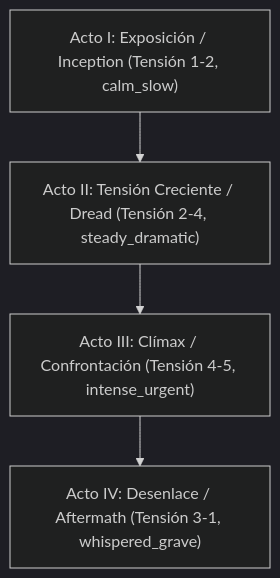
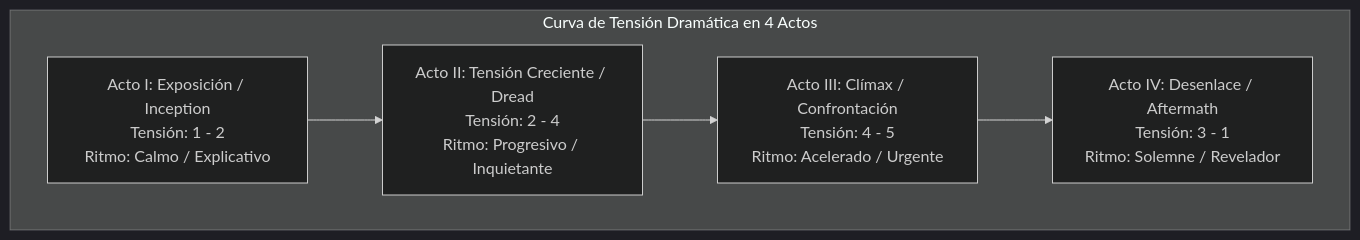
Before and after one commit to soyaelithia-ui/yt-auto: the second of 3 diagrams in docs/PROPUESTA_EVOLUCION_PIPELINE_VISUAL.md, drawn with Mermaid (dark theme). The commit also changed other lines of this file and 81 other files, not shown here.

Commit message:
chore: prune legacy graphics and enable cookie uploads

````diff
--- a/docs/PROPUESTA_EVOLUCION_PIPELINE_VISUAL.md
+++ b/docs/PROPUESTA_EVOLUCION_PIPELINE_VISUAL.md
@@ -18,6 +52,13 @@
 ```mermaid
 graph TD
-    A1["Acto I: Exposición / Inception (Tensión 1-2, calm_slow)"] --> A2["Acto II: Tensión Creciente / Dread (Tensión 2-4, steady_dramatic)"]
-    A2 --> A3["Acto III: Clímax / Confrontación (Tensión 4-5, intense_urgent)"]
-    A3 --> A4["Acto IV: Desenlace / Aftermath (Tensión 3-1, whispered_grave)"]
+    subgraph ARCO["Curva de Tensión Dramática en 4 Actos"]
+        ACT1["Acto I: Exposición / Inception<br/>Tensión: 1 - 2<br/>Ritmo: Calmo / Explicativo"]
+        ACT2["Acto II: Tensión Creciente / Dread<br/>Tensión: 2 - 4<br/>Ritmo: Progresivo / Inquietante"]
+        ACT3["Acto III: Clímax / Confrontación<br/>Tensión: 4 - 5<br/>Ritmo: Acelerado / Urgente"]
+        ACT4["Acto IV: Desenlace / Aftermath<br/>Tensión: 3 - 1<br/>Ritmo: Solemne / Revelador"]
+
+        ACT1 --> ACT2
+        ACT2 --> ACT3
+        ACT3 --> ACT4
+    end
 ```
````
